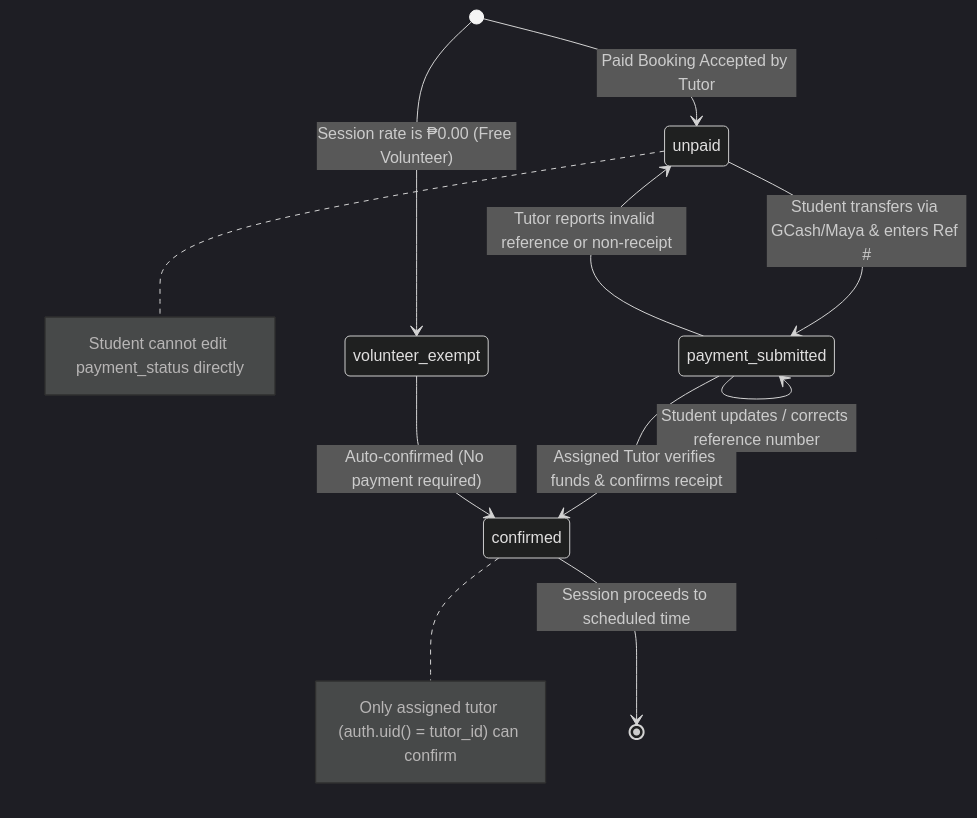
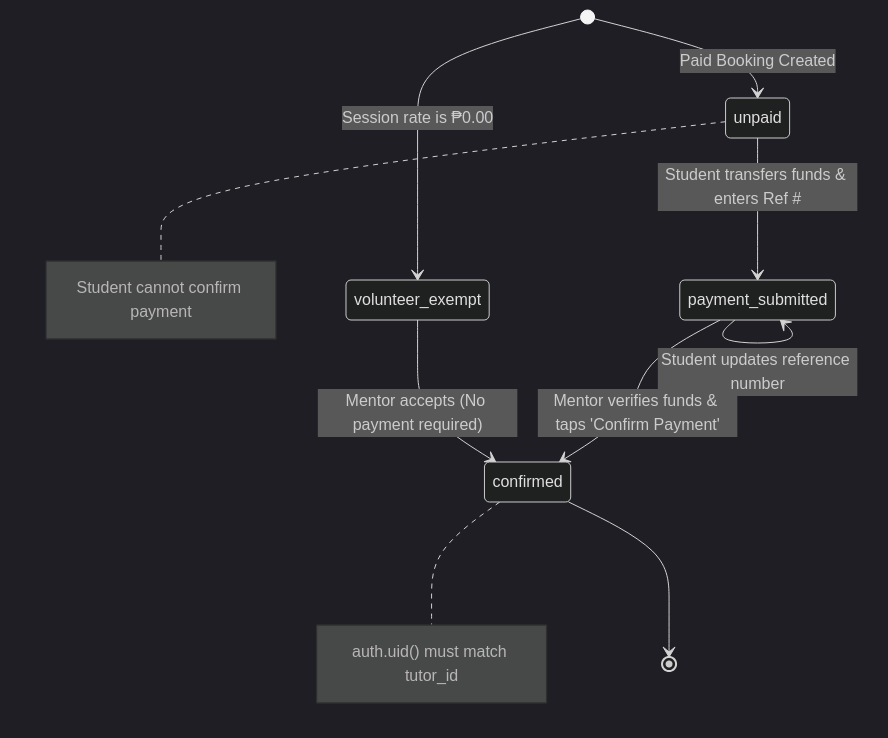
The fourth of 5 diagrams in docs/system_flowchart.md (jaynzxc/MentorshipTutoringApp), drawn with Mermaid (dark theme) before and after one commit. The commit also changed other lines of this file and 23 other files, not shown here.

````diff
--- a/docs/system_flowchart.md
+++ b/docs/system_flowchart.md
@@ -180,19 +147,13 @@
 ```mermaid
 stateDiagram-v2
-    [*] --> unpaid : Paid Booking Accepted by Tutor
+    [*] --> unpaid : Paid Booking Created
+    unpaid --> payment_submitted : Student transfers funds & enters Ref #
+    note right of unpaid : Student cannot confirm payment
+    payment_submitted --> payment_submitted : Student updates reference number
+    payment_submitted --> confirmed : Mentor verifies funds & taps 'Confirm Payment'
+    note right of confirmed : auth.uid() must match tutor_id
+    confirmed --> [*]
 
-    unpaid --> payment_submitted : Student transfers via GCash/Maya & enters Ref #
-    note right of unpaid : Student cannot edit payment_status directly
-
-    payment_submitted --> payment_submitted : Student updates / corrects reference number
-    payment_submitted --> unpaid : Tutor reports invalid reference or non-receipt
-
-    payment_submitted --> confirmed : Assigned Tutor verifies funds & confirms receipt
-    note right of confirmed : Only assigned tutor (auth.uid() = tutor_id) can confirm
-
-    confirmed --> [*] : Session proceeds to scheduled time
-
-    %% Volunteer bypass
-    [*] --> volunteer_exempt : Session rate is ₱0.00 (Free Volunteer)
-    volunteer_exempt --> confirmed : Auto-confirmed (No payment required)
+    [*] --> volunteer_exempt : Session rate is ₱0.00
+    volunteer_exempt --> confirmed : Mentor accepts (No payment required)
 ```
````
